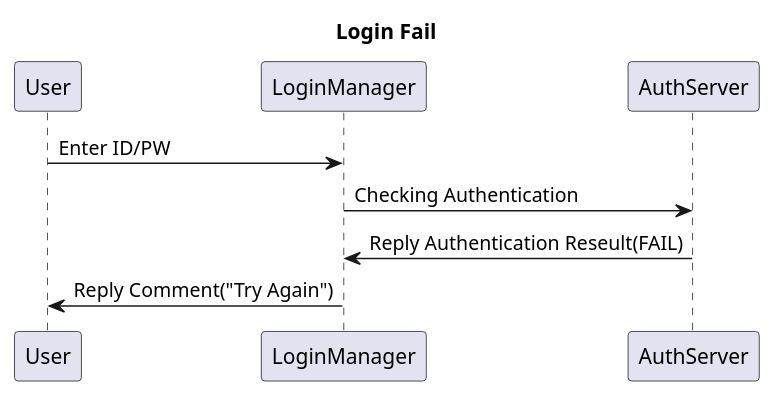
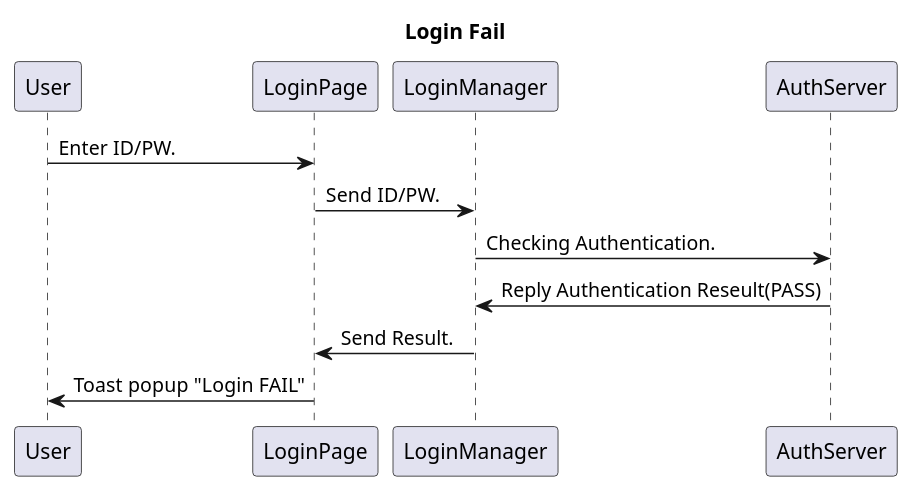
One commit to 2bellwater/EMO_USE_CASE changed the diagram in UC_LOGIN_FAIL.wsd. Above: the diagram before and after it, drawn with PlantUML. The commit also changed 2 other files, not shown here.

```diff
--- a/UC_LOGIN_FAIL.wsd
+++ b/UC_LOGIN_FAIL.wsd
@@ -1,7 +1,9 @@
 @startuml
 title Login Fail
-User  -> LoginManager : Enter ID/PW
-LoginManager -> AuthServer : Checking Authentication
-AuthServer -> LoginManager : Reply Authentication Reseult(FAIL)
-LoginManager -> User : Reply Comment("Try Again")
+User  -> LoginPage : Enter ID/PW.
+LoginPage -> LoginManager : Send ID/PW.
+LoginManager -> AuthServer : Checking Authentication.
+AuthServer -> LoginManager : Reply Authentication Reseult(PASS)
+LoginManager -> LoginPage : Send Result.
+LoginPage -> User : Toast popup "Login FAIL"
 @enduml
```
